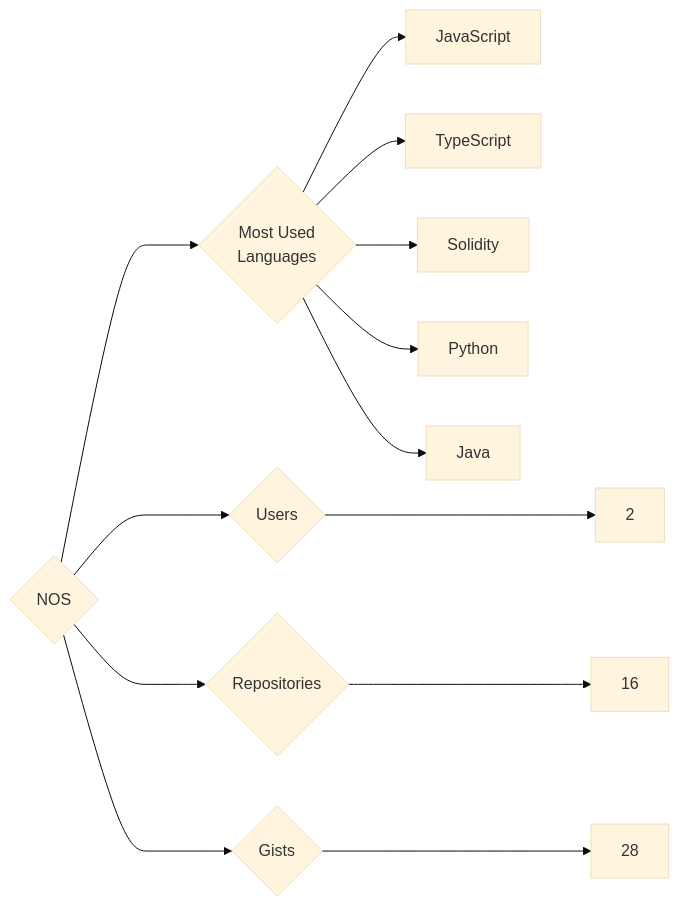
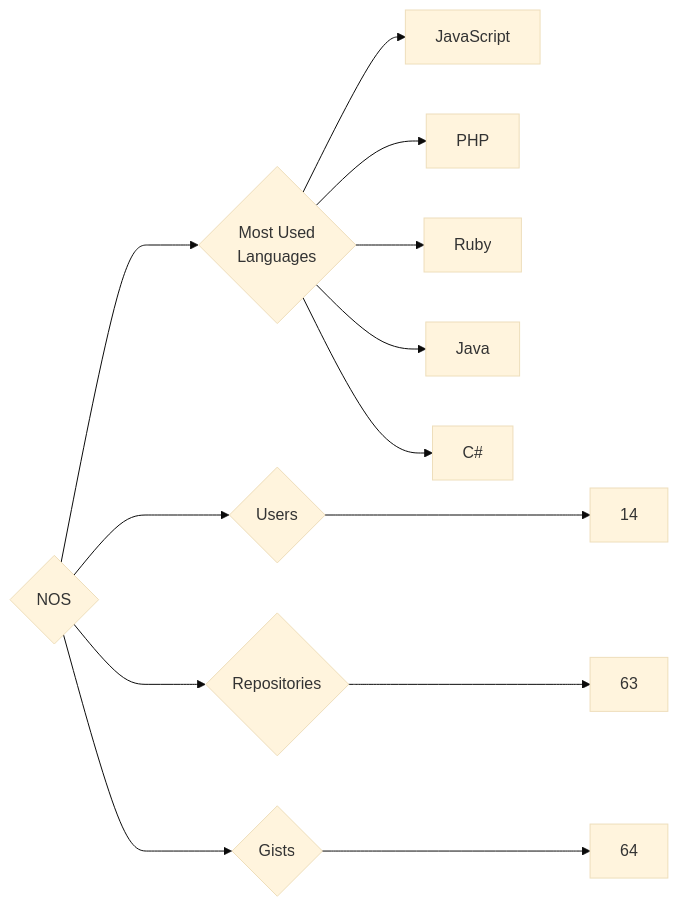
One commit to trickest/insiders changed the diagram in targets/NOS/README.md. Above: the diagram before and after it, drawn with Mermaid (base theme). The commit also changed 728 other files, not shown here.

````diff
--- a/targets/NOS/README.md
+++ b/targets/NOS/README.md
@@ -3,13 +3,13 @@
 ```mermaid
 graph LR
 COMPANY_NAME{NOS}
-COMPANY_NAME ---> U{Users} ---> UN[2]
-COMPANY_NAME ---> R{Repositories} ---> RN[16]
-COMPANY_NAME ---> G{Gists} ---> GN[28]
+COMPANY_NAME ---> U{Users} ---> UN[14]
+COMPANY_NAME ---> R{Repositories} ---> RN[63]
+COMPANY_NAME ---> G{Gists} ---> GN[64]
 COMPANY_NAME ---> ML{Most Used<br>Languages}
 ML --> JavaScript[JavaScript]
-ML --> TypeScript[TypeScript]
-ML --> Solidity[Solidity]
-ML --> Python[Python]
+ML --> PHP[PHP]
+ML --> Ruby[Ruby]
 ML --> Java[Java]
+ML --> C#[C#]
 ```
````
